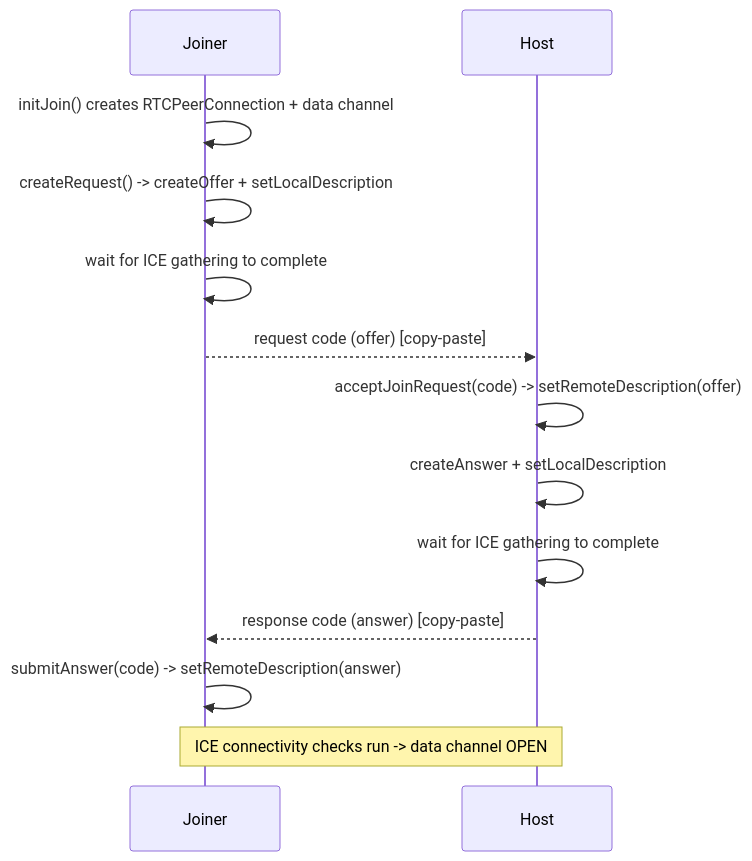
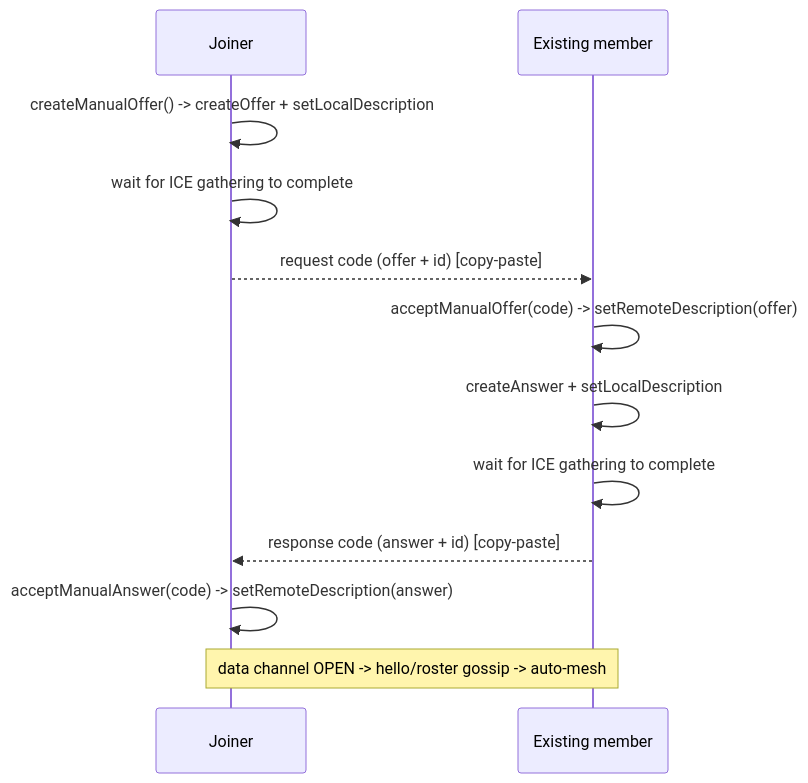
The second of 4 diagrams in docs/webrtc.md (Pedjon/planning-poker), drawn with Mermaid before and after one commit. The commit also changed other lines of this file and 6 other files, not shown here.

````diff
--- a/docs/webrtc.md
+++ b/docs/webrtc.md
@@ -41,15 +52,14 @@
 ```mermaid
 sequenceDiagram
   participant J as Joiner
-  participant H as Host
-  J->>J: initJoin() creates RTCPeerConnection + data channel
-  J->>J: createRequest() -> createOffer + setLocalDescription
+  participant H as Existing member
+  J->>J: createManualOffer() -> createOffer + setLocalDescription
   J->>J: wait for ICE gathering to complete
-  J-->>H: request code (offer)  [copy-paste]
-  H->>H: acceptJoinRequest(code) -> setRemoteDescription(offer)
+  J-->>H: request code (offer + id)  [copy-paste]
+  H->>H: acceptManualOffer(code) -> setRemoteDescription(offer)
   H->>H: createAnswer + setLocalDescription
   H->>H: wait for ICE gathering to complete
-  H-->>J: response code (answer)  [copy-paste]
-  J->>J: submitAnswer(code) -> setRemoteDescription(answer)
-  Note over J,H: ICE connectivity checks run -> data channel OPEN
+  H-->>J: response code (answer + id)  [copy-paste]
+  J->>J: acceptManualAnswer(code) -> setRemoteDescription(answer)
+  Note over J,H: data channel OPEN -> hello/roster gossip -> auto-mesh
 ```
````
